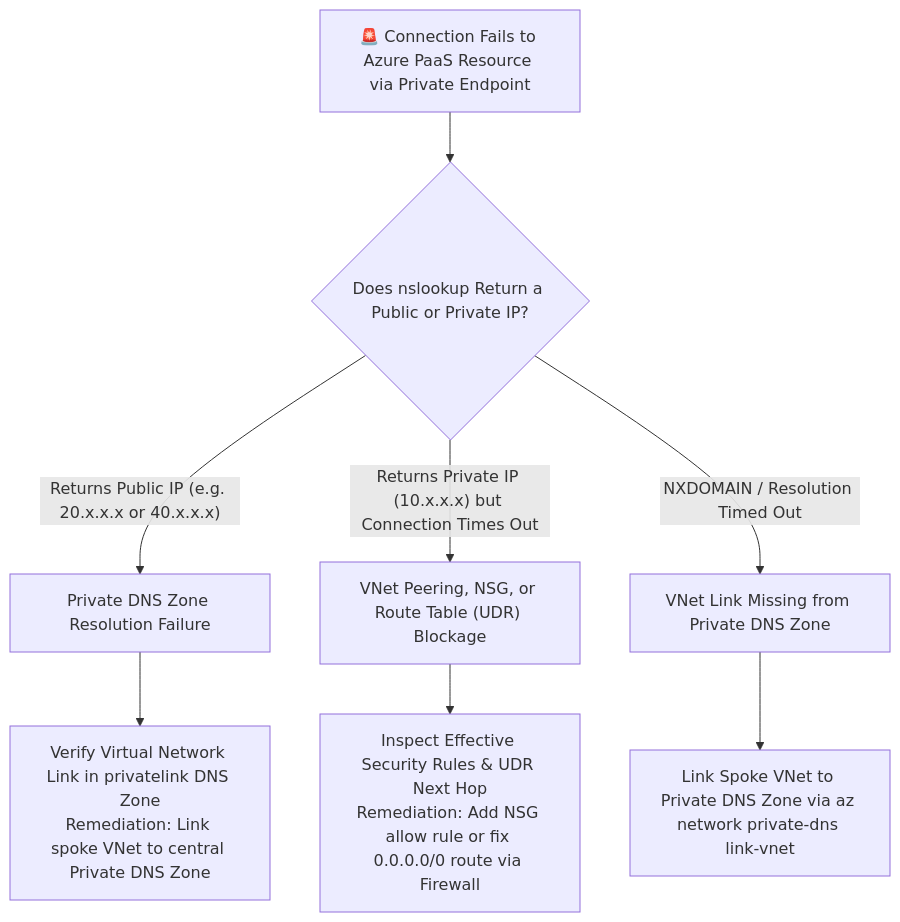
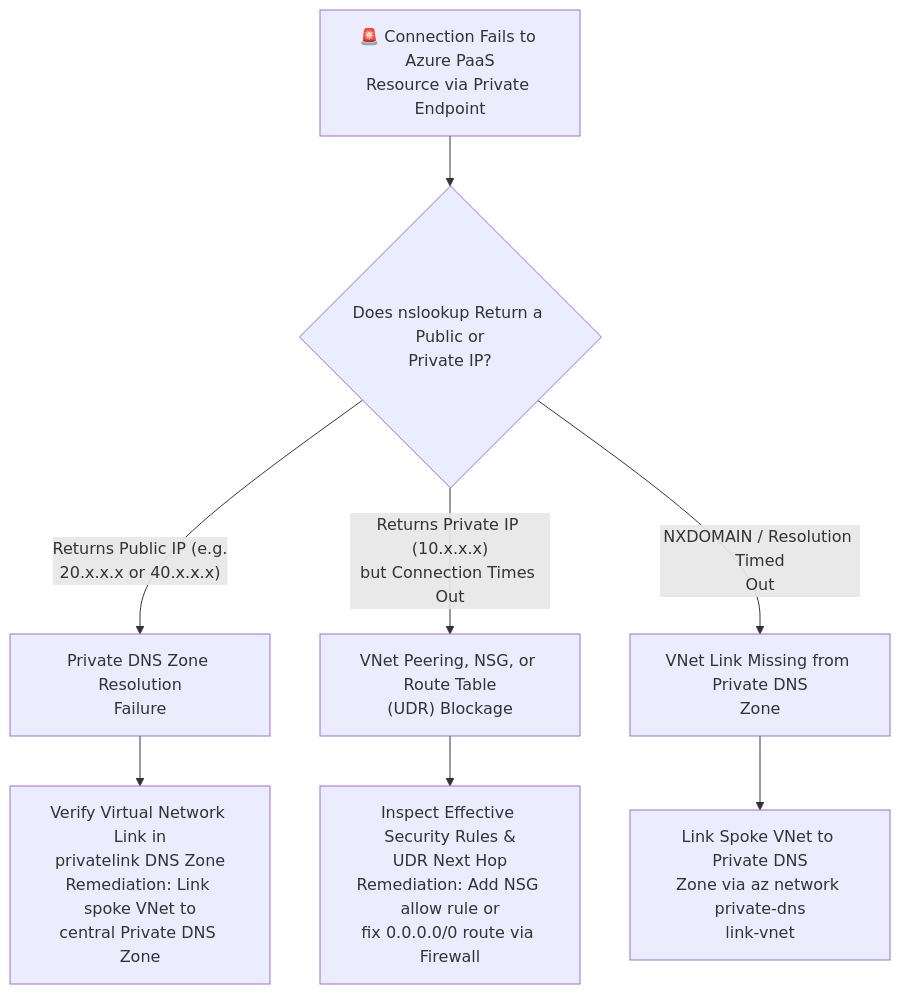
The diagram in runbooks/02_vnet_peering_and_private_endpoint_dns_failures.md (santoshjammi29/azure-cheat-sheet), drawn with Mermaid before and after one commit. The commit also changed 15 other files, not shown here.

Commit message:
fix(diagrams): word-wrap labels and escape comparison operators across all diagrams

````diff
--- a/runbooks/02_vnet_peering_and_private_endpoint_dns_failures.md
+++ b/runbooks/02_vnet_peering_and_private_endpoint_dns_failures.md
@@ -11,12 +11,12 @@
 ```mermaid
 flowchart TD
-    DNSAlert["🚨 Connection Fails to Azure PaaS Resource via Private Endpoint"] --> CheckIP{"Does nslookup Return a Public or Private IP?"}
+    DNSAlert["🚨 Connection Fails to Azure PaaS<br/>Resource via Private Endpoint"] --> CheckIP{"Does nslookup Return a Public or<br/>Private IP?"}
 
-    CheckIP -->|"Returns Public IP (e.g. 20.x.x.x or 40.x.x.x)"| DNSMisconfig["Private DNS Zone Resolution Failure"]
-    CheckIP -->|"Returns Private IP (10.x.x.x) but Connection Times Out"| RoutingMisconfig["VNet Peering, NSG, or Route Table (UDR) Blockage"]
-    CheckIP -->|"NXDOMAIN / Resolution Timed Out"| LinkMissing["VNet Link Missing from Private DNS Zone"]
+    CheckIP -->|"Returns Public IP (e.g.<br/>20.x.x.x or 40.x.x.x)"| DNSMisconfig["Private DNS Zone Resolution<br/>Failure"]
+    CheckIP -->|"Returns Private IP (10.x.x.x)<br/>but Connection Times Out"| RoutingMisconfig["VNet Peering, NSG, or Route Table<br/>(UDR) Blockage"]
+    CheckIP -->|"NXDOMAIN / Resolution Timed<br/>Out"| LinkMissing["VNet Link Missing from Private DNS<br/>Zone"]
 
-    DNSMisconfig --> CheckZoneLink["Verify Virtual Network Link in privatelink DNS Zone<br/>Remediation: Link spoke VNet to central Private DNS Zone"]
-    RoutingMisconfig --> CheckNSG["Inspect Effective Security Rules & UDR Next Hop<br/>Remediation: Add NSG allow rule or fix 0.0.0.0/0 route via Firewall"]
-    LinkMissing --> AddLink["Link Spoke VNet to Private DNS Zone via az network private-dns link-vnet"]
+    DNSMisconfig --> CheckZoneLink["Verify Virtual Network Link in<br/>privatelink DNS Zone<br/>Remediation: Link spoke VNet to<br/>central Private DNS Zone"]
+    RoutingMisconfig --> CheckNSG["Inspect Effective Security Rules &<br/>UDR Next Hop<br/>Remediation: Add NSG allow rule or<br/>fix 0.0.0.0/0 route via Firewall"]
+    LinkMissing --> AddLink["Link Spoke VNet to Private DNS<br/>Zone via az network private-dns<br/>link-vnet"]
 ```
````
